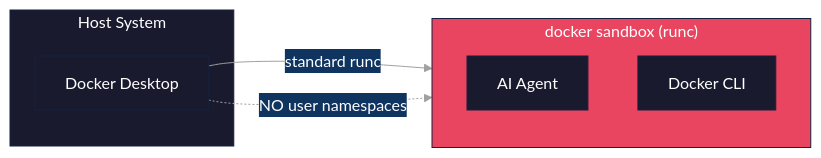
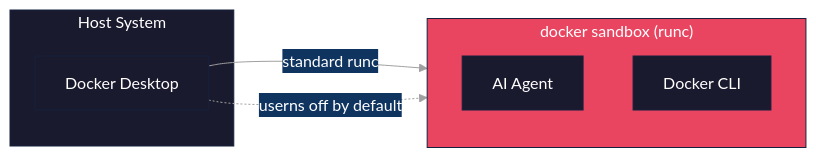
One commit to novotnyllc/ContainAI changed the second of 8 diagrams in docs/security-comparison.md. Above: the diagram before and after it, drawn with Mermaid. The commit also changed other lines of this file, not shown here.

Commit message:
docs(security): align executive summary with detailed comparison
- Change Docker sandbox DinD from "Yes" to "CLI only" in summary table
- Update diagram label to "userns off by default" for accuracy

Task: fn-10-vep.67

````diff
--- a/docs/security-comparison.md
+++ b/docs/security-comparison.md
@@ -111,27 +111,27 @@
 ```mermaid
 %%{init: {'theme': 'base', 'themeVariables': {
   'primaryColor': '#1a1a2e',
   'primaryTextColor': '#ffffff',
   'primaryBorderColor': '#16213e',
   'secondaryColor': '#0f3460',
   'tertiaryColor': '#1a1a2e',
   'lineColor': '#a0a0a0',
   'textColor': '#ffffff',
   'background': '#0d1117'
 }}}%%
 flowchart LR
     subgraph Host["Host System"]
         DD["Docker Desktop"]
     end
 
     subgraph Sandbox["docker sandbox (runc)"]
         Agent["AI Agent"]
         InnerDocker["Docker CLI"]
     end
 
     DD -->|"standard runc"| Sandbox
-    DD -.->|"NO user namespaces"| Sandbox
+    DD -.->|"userns off by default"| Sandbox
 
     style Host fill:#1a1a2e,stroke:#16213e,color:#fff
     style Sandbox fill:#e94560,stroke:#16213e,color:#fff
 ```
````
